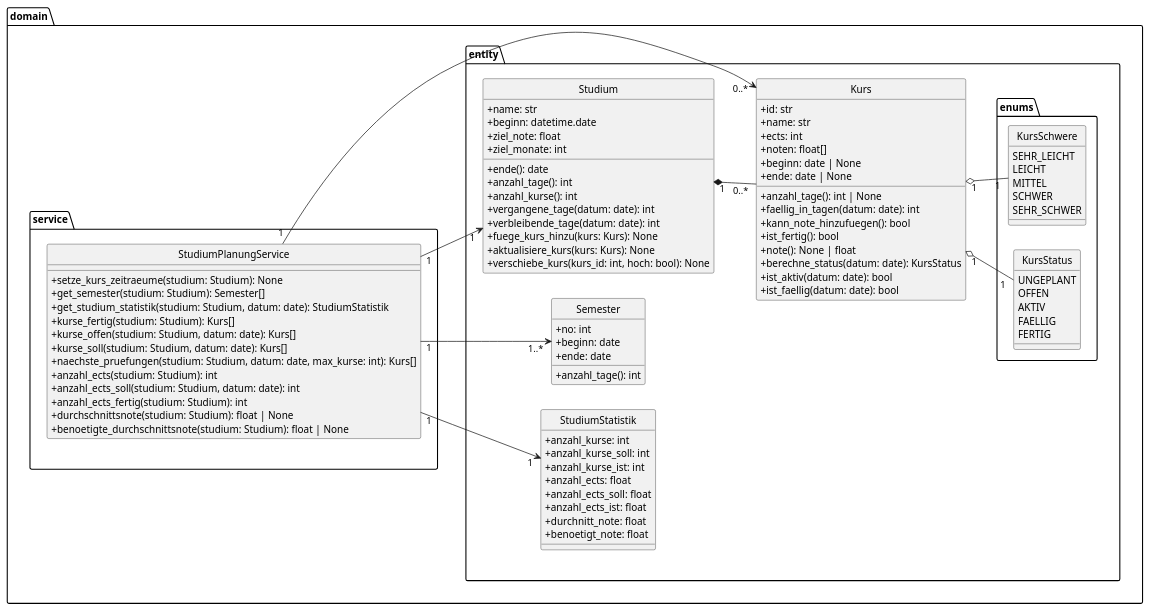
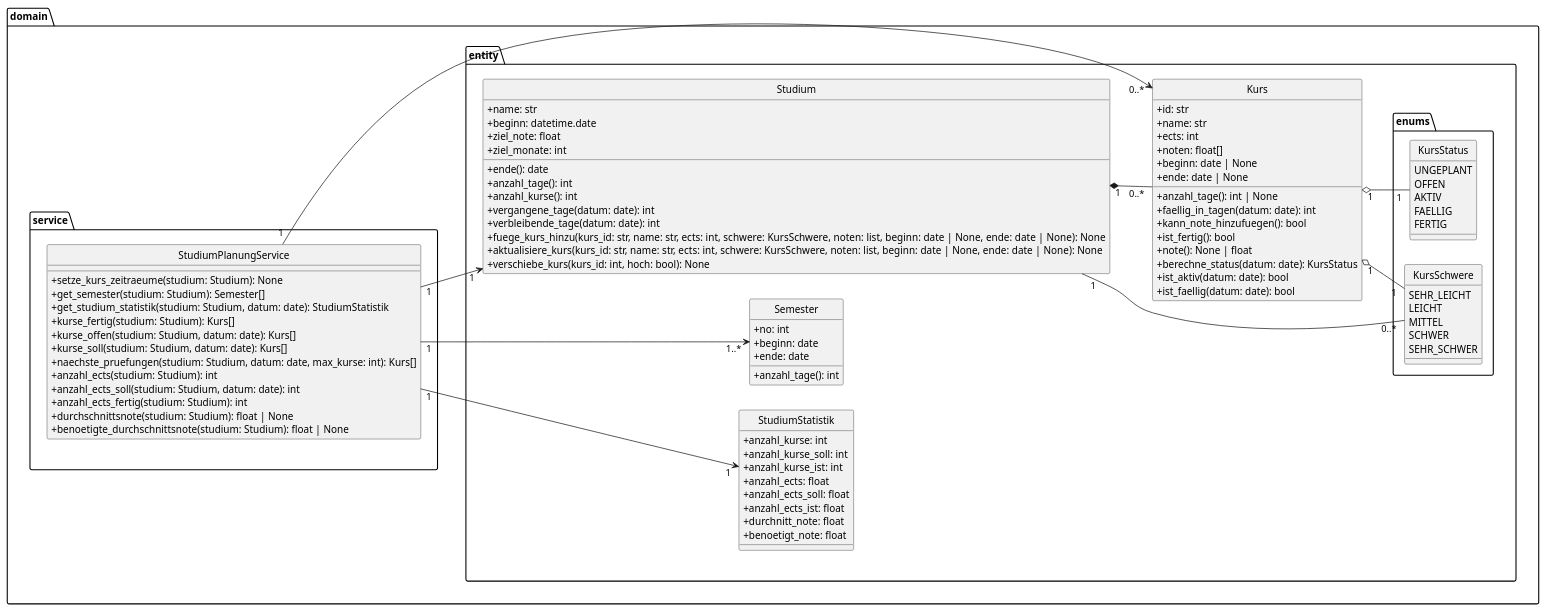
The diagram in domain.puml (thomasanschuetz/ooppython), drawn with PlantUML before and after one commit. The commit also changed 4 other files, not shown here.

Commit message:
Komposition Studium *-- Kurs durch Studium erzwingen

```diff
--- a/domain.puml
+++ b/domain.puml
@@ -2,106 +2,107 @@
 @startuml src
 left to right direction
 hide circle
 skinparam classAttributeIconSize 0
 
 package domain {
   package service {
     class StudiumPlanungService {
       +setze_kurs_zeitraeume(studium: Studium): None
       +get_semester(studium: Studium): Semester[]
       +get_studium_statistik(studium: Studium, datum: date): StudiumStatistik
       +kurse_fertig(studium: Studium): Kurs[]
       +kurse_offen(studium: Studium, datum: date): Kurs[]
       +kurse_soll(studium: Studium, datum: date): Kurs[]
       +naechste_pruefungen(studium: Studium, datum: date, max_kurse: int): Kurs[]
       +anzahl_ects(studium: Studium): int
       +anzahl_ects_soll(studium: Studium, datum: date): int
       +anzahl_ects_fertig(studium: Studium): int
       +durchschnittsnote(studium: Studium): float | None
       +benoetigte_durchschnittsnote(studium: Studium): float | None
     }
   }
 
   package entity {
     class Studium {
       +name: str
       +beginn: datetime.date
       +ziel_note: float
       +ziel_monate: int
       +ende(): date
       +anzahl_tage(): int
       +anzahl_kurse(): int
       +vergangene_tage(datum: date): int
       +verbleibende_tage(datum: date): int
-      +fuege_kurs_hinzu(kurs: Kurs): None
-      +aktualisiere_kurs(kurs: Kurs): None
+      +fuege_kurs_hinzu(kurs_id: str, name: str, ects: int, schwere: KursSchwere, noten: list, beginn: date | None, ende: date | None): None
+      +aktualisiere_kurs(kurs_id: str, name: str, ects: int, schwere: KursSchwere, noten: list, beginn: date | None, ende: date | None): None
       +verschiebe_kurs(kurs_id: int, hoch: bool): None
     }
     class Kurs {
       +id: str
       +name: str
       +ects: int
       +noten: float[]
       +beginn: date | None
       +ende: date | None
       +anzahl_tage(): int | None
       +faellig_in_tagen(datum: date): int
       +kann_note_hinzufuegen(): bool
       +ist_fertig(): bool
       +note(): None | float
       +berechne_status(datum: date): KursStatus
       +ist_aktiv(datum: date): bool
       +ist_faellig(datum: date): bool
     }
 
     class Semester {
       +no: int
       +beginn: date
       +ende: date
       +anzahl_tage(): int
     }
 
     class StudiumStatistik {
       +anzahl_kurse: int
       +anzahl_kurse_soll: int
       +anzahl_kurse_ist: int
       +anzahl_ects: float
       +anzahl_ects_soll: float
       +anzahl_ects_ist: float
       +durchnitt_note: float
       +benoetigt_note: float
     }
 
     package enums{
       enum KursSchwere {
         SEHR_LEICHT
         LEICHT
         MITTEL
         SCHWER
         SEHR_SCHWER
       }
 
       enum KursStatus {
         UNGEPLANT
         OFFEN
         AKTIV
         FAELLIG
         FERTIG
       }
     }
   }
 }
 
 'Service
 StudiumPlanungService "1 " --> "1 " Studium
 StudiumPlanungService "1 " --> "0..* " Kurs
 StudiumPlanungService "1 " --> "1..* " Semester
 StudiumPlanungService "1 " --> "1 " StudiumStatistik
 'Entity
 Studium "1 " *-- "0..* " Kurs
+Studium "1 " -- "0..* " KursSchwere
 Kurs "1 " o-- "1 " KursSchwere
 Kurs "1 " o-- "1 " KursStatus
 
 service -[hidden]r->entity
 
 @enduml
```
